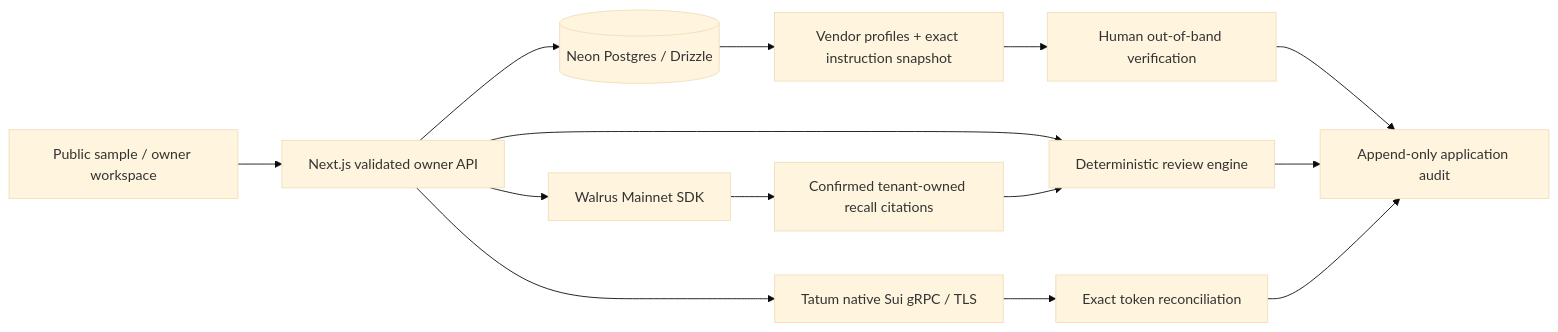
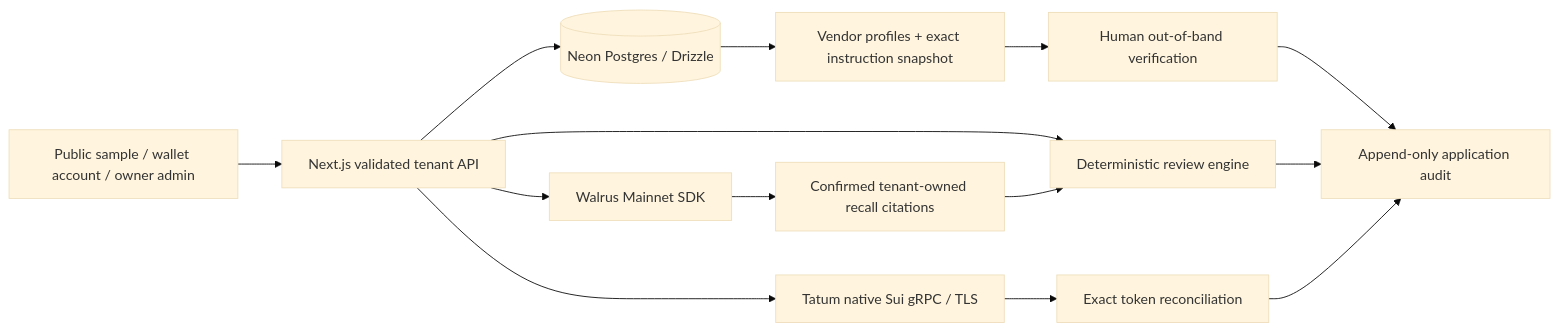
The diagram in README.md (sopskistar/payguard-ai), drawn with Mermaid (base theme) before and after one commit. The commit also changed other lines of this file and 64 other files, not shown here.

````diff
--- a/README.md
+++ b/README.md
@@ -83,16 +87,16 @@
 ```mermaid
 flowchart LR
-  UI[Public sample / owner workspace] --> API[Next.js validated owner API]
+  UI[Public sample / wallet account / owner admin] --> API[Next.js validated tenant API]
   API --> DB[(Neon Postgres / Drizzle)]
   DB --> Trust[Vendor profiles + exact instruction snapshot]
   Trust --> Human[Human out-of-band verification]
   API --> Rules[Deterministic review engine]
   API --> Memory[Walrus Mainnet SDK]
   Memory --> Recall[Confirmed tenant-owned recall citations]
   Recall --> Rules
   API --> Tatum[Tatum native Sui gRPC / TLS]
   Tatum --> Match[Exact token reconciliation]
   Human --> Audit[Append-only application audit]
   Rules --> Audit
   Match --> Audit
 ```
````
